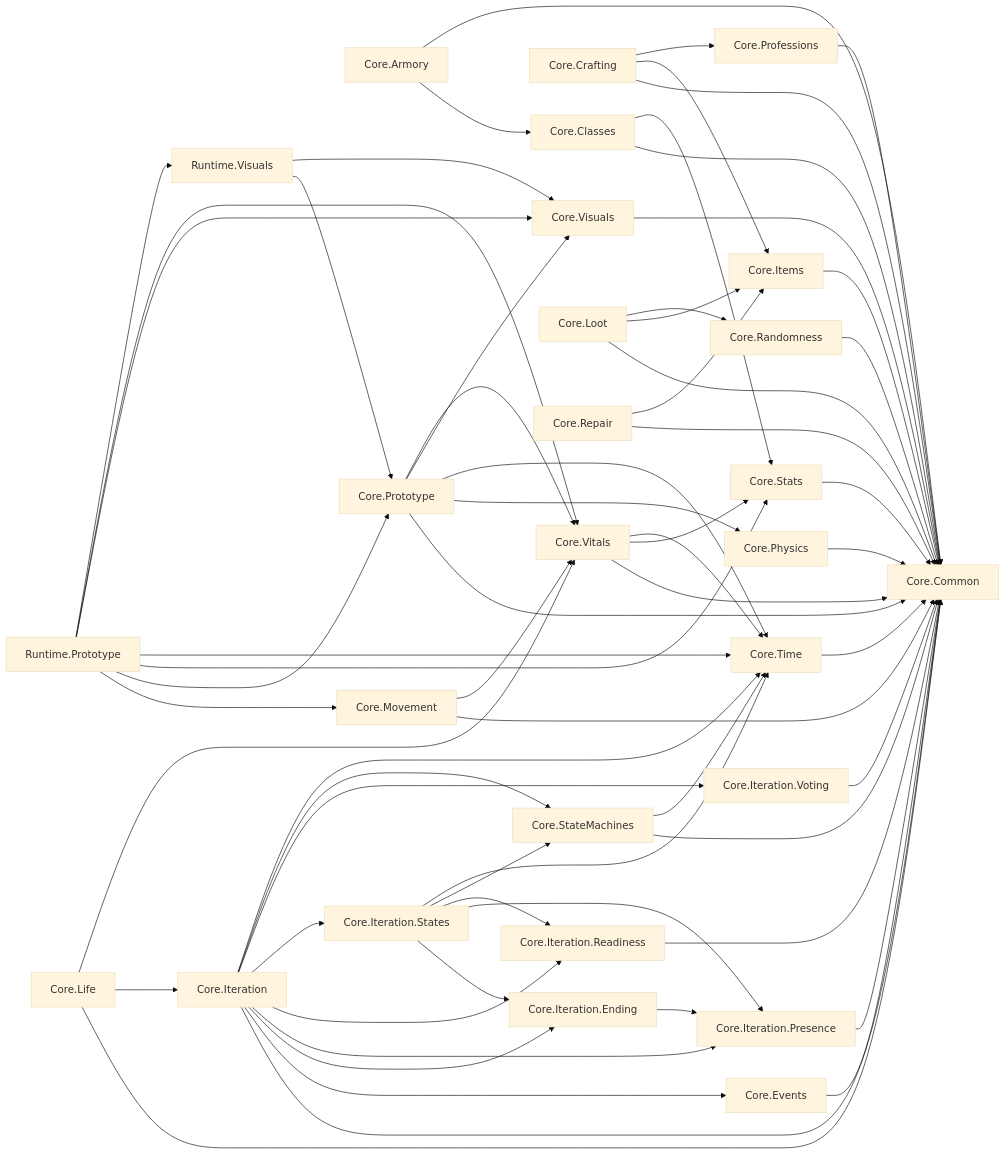
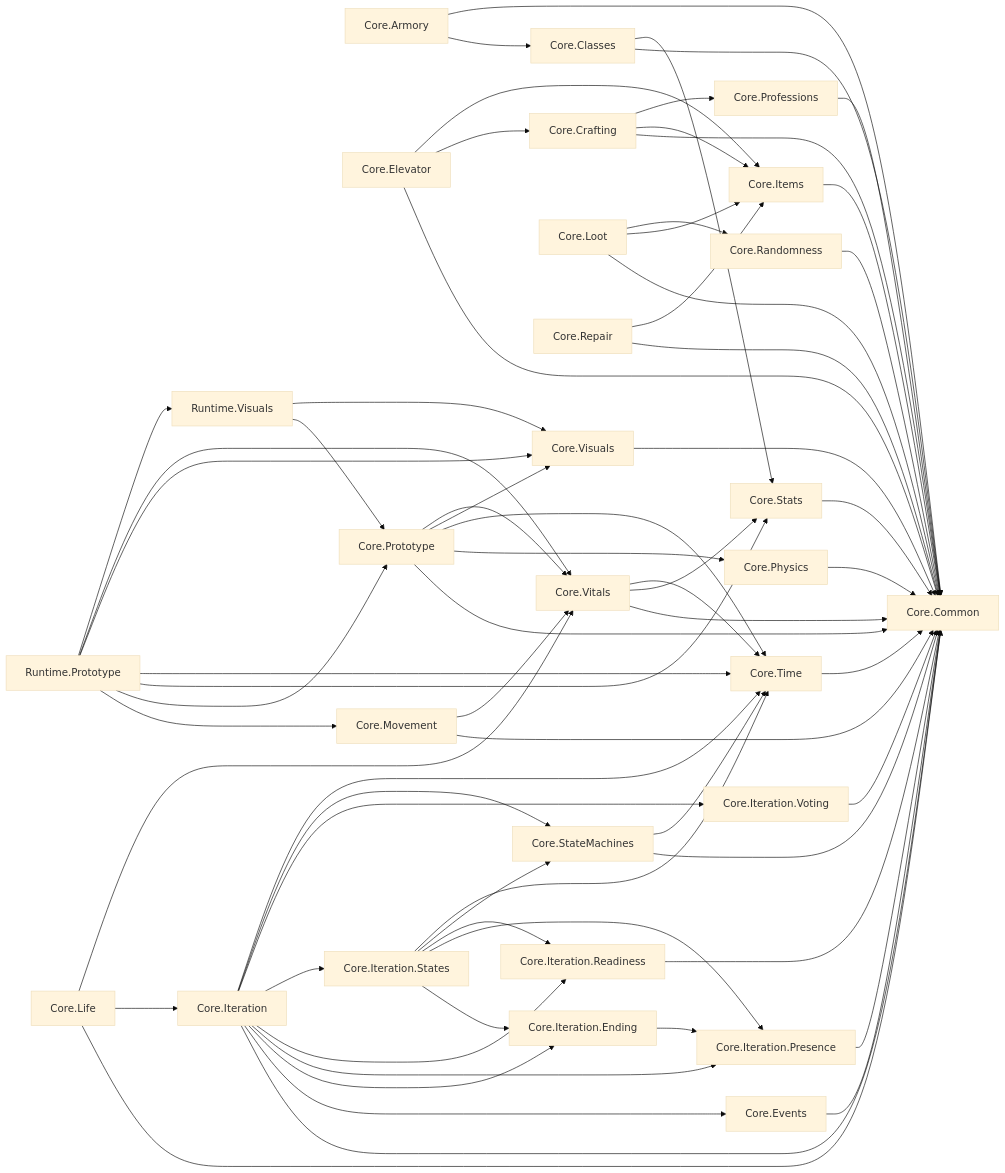
The diagram in docs/arquitectura/MODULOS.md (LazaroPol/Acensor), drawn with Mermaid (base theme) before and after one commit. The commit also changed other lines of this file and 17 other files, not shown here.

````diff
--- a/docs/arquitectura/MODULOS.md
+++ b/docs/arquitectura/MODULOS.md
@@ -39,56 +40,58 @@
 ```mermaid
 flowchart LR
   n0["Core.Armory"]
   n1["Core.Classes"]
   n2["Core.Common"]
   n3["Core.Crafting"]
-  n4["Core.Events"]
-  n5["Core.Items"]
-  n6["Core.Iteration"]
-  n7["Core.Iteration.Ending"]
-  n8["Core.Iteration.Presence"]
-  n9["Core.Iteration.Readiness"]
-  n10["Core.Iteration.States"]
-  n11["Core.Iteration.Voting"]
-  n12["Core.Life"]
-  n13["Core.Loot"]
-  n14["Core.Movement"]
-  n15["Core.Physics"]
-  n16["Core.Professions"]
-  n17["Core.Prototype"]
-  n18["Core.Randomness"]
-  n19["Core.Repair"]
-  n20["Core.StateMachines"]
-  n21["Core.Stats"]
-  n22["Core.Time"]
-  n23["Core.Visuals"]
-  n24["Core.Vitals"]
-  n25["Runtime.Prototype"]
-  n26["Runtime.Visuals"]
+  n4["Core.Elevator"]
+  n5["Core.Events"]
+  n6["Core.Items"]
+  n7["Core.Iteration"]
+  n8["Core.Iteration.Ending"]
+  n9["Core.Iteration.Presence"]
+  n10["Core.Iteration.Readiness"]
+  n11["Core.Iteration.States"]
+  n12["Core.Iteration.Voting"]
+  n13["Core.Life"]
+  n14["Core.Loot"]
+  n15["Core.Movement"]
+  n16["Core.Physics"]
+  n17["Core.Professions"]
+  n18["Core.Prototype"]
+  n19["Core.Randomness"]
+  n20["Core.Repair"]
+  n21["Core.StateMachines"]
+  n22["Core.Stats"]
+  n23["Core.Time"]
+  n24["Core.Visuals"]
+  n25["Core.Vitals"]
+  n26["Runtime.Prototype"]
+  n27["Runtime.Visuals"]
   n0 --> n1 & n2
-  n1 --> n2 & n21
-  n3 --> n2 & n5 & n16
-  n4 --> n2
+  n1 --> n2 & n22
+  n3 --> n2 & n6 & n17
+  n4 --> n2 & n3 & n6
   n5 --> n2
-  n6 --> n2 & n4 & n7 & n8 & n9 & n10 & n11 & n20 & n22
-  n7 --> n8
-  n8 --> n2
+  n6 --> n2
+  n7 --> n2 & n5 & n8 & n9 & n10 & n11 & n12 & n21 & n23
+  n8 --> n9
   n9 --> n2
-  n10 --> n7 & n8 & n9 & n20 & n22
-  n11 --> n2
-  n12 --> n2 & n6 & n24
-  n13 --> n2 & n5 & n18
-  n14 --> n2 & n24
-  n15 --> n2
+  n10 --> n2
+  n11 --> n8 & n9 & n10 & n21 & n23
+  n12 --> n2
+  n13 --> n2 & n7 & n25
+  n14 --> n2 & n6 & n19
+  n15 --> n2 & n25
   n16 --> n2
-  n17 --> n2 & n15 & n22 & n23 & n24
-  n18 --> n2
-  n19 --> n2 & n5
-  n20 --> n2 & n22
-  n21 --> n2
+  n17 --> n2
+  n18 --> n2 & n16 & n23 & n24 & n25
+  n19 --> n2
+  n20 --> n2 & n6
+  n21 --> n2 & n23
   n22 --> n2
   n23 --> n2
-  n24 --> n2 & n21 & n22
-  n25 --> n14 & n17 & n21 & n22 & n23 & n24 & n26
-  n26 --> n17 & n23
+  n24 --> n2
+  n25 --> n2 & n22 & n23
+  n26 --> n15 & n18 & n22 & n23 & n24 & n25 & n27
+  n27 --> n18 & n24
 ```
````
